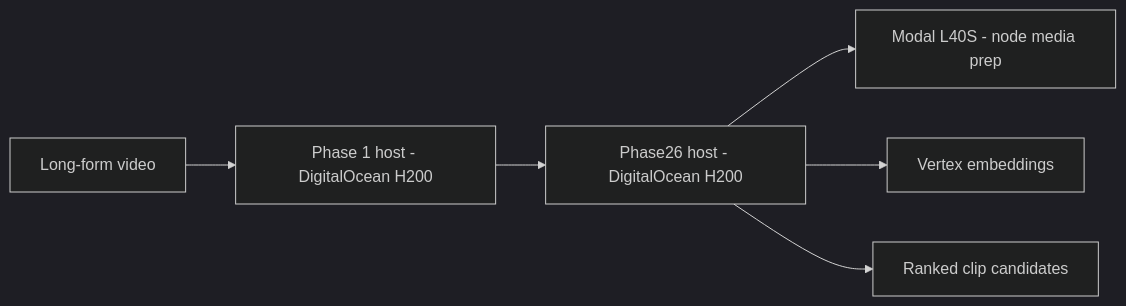
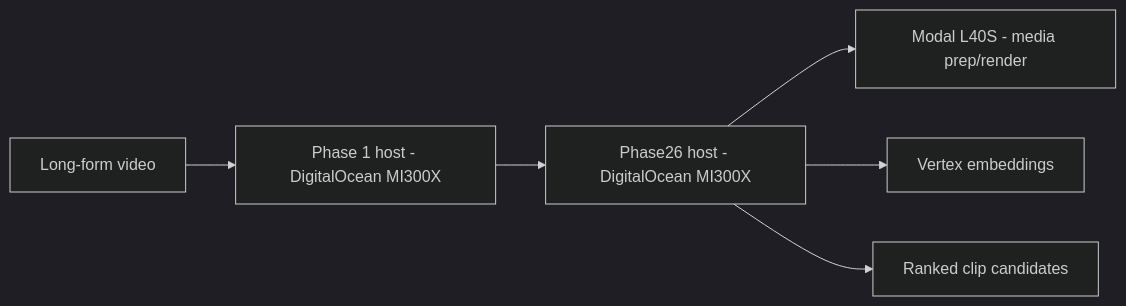
The first of 2 diagrams in README.md (ClyptAI/Clypt-Backend), drawn with Mermaid (dark theme) before and after one commit. The commit also changed other lines of this file and 53 other files, not shown here.

````diff
--- a/README.md
+++ b/README.md
@@ -39,15 +39,15 @@
 ```mermaid
 flowchart LR
   source["Long-form video"]
-  phase1["Phase 1 host - DigitalOcean H200"]
-  phase26["Phase26 host - DigitalOcean H200"]
-  modal["Modal L40S - node media prep"]
+  phase1["Phase 1 host - DigitalOcean MI300X"]
+  phase26["Phase26 host - DigitalOcean MI300X"]
+  modal["Modal L40S - media prep/render"]
   vertex["Vertex embeddings"]
   out["Ranked clip candidates"]
 
   source --> phase1
   phase1 --> phase26
   phase26 --> modal
   phase26 --> vertex
   phase26 --> out
 ```
````
